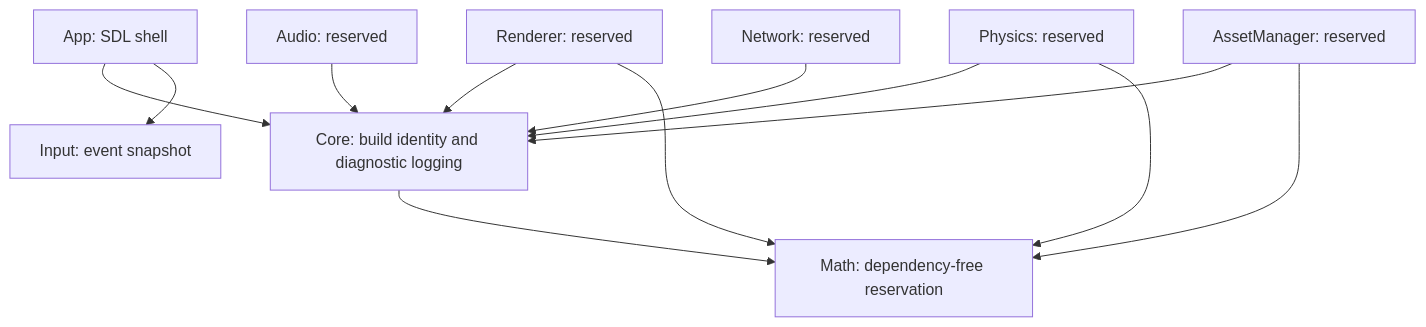
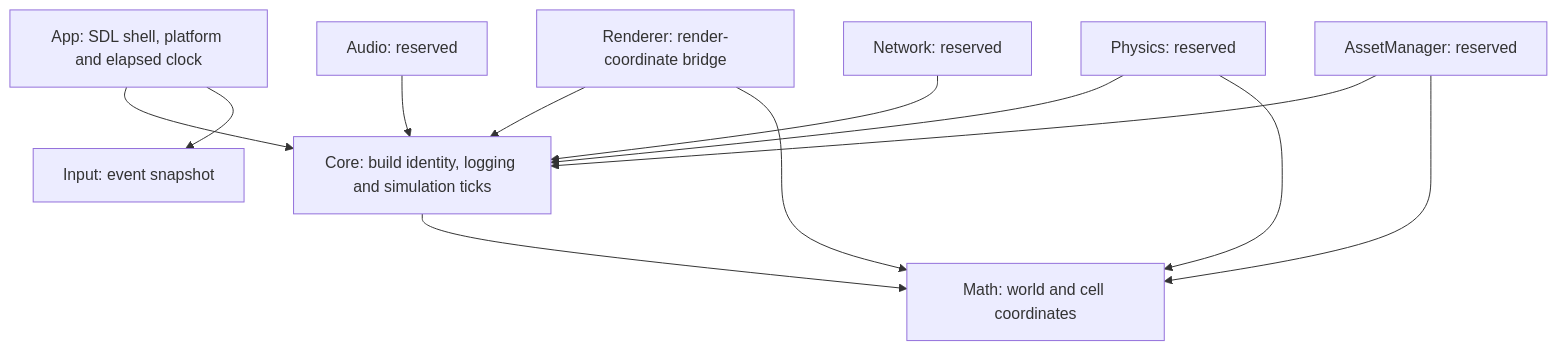
The diagram in docs/ARCHITECTURE.md (HellUponEarth/WiseEngine), drawn with Mermaid before and after one commit. The commit also changed other lines of this file and 21 other files, not shown here.

Commit message:
Add WiseEngine 0.0.3 platform, coordinates, and clocks

````diff
--- a/docs/ARCHITECTURE.md
+++ b/docs/ARCHITECTURE.md
@@ -7,14 +7,14 @@
 ```mermaid
 flowchart TD
-    App[App: SDL shell] --> Core[Core: build identity and diagnostic logging]
-    Core --> Math[Math: dependency-free reservation]
-    Renderer[Renderer: reserved] --> Core
+    App[App: SDL shell, platform and elapsed clock] --> Core[Core: build identity, logging and simulation ticks]
+    Core --> Math[Math: world and cell coordinates]
+    Renderer[Renderer: render-coordinate bridge] --> Core
     Renderer --> Math
     Physics[Physics: reserved] --> Core
     Physics --> Math
     Audio[Audio: reserved] --> Core
     App --> Input[Input: event snapshot]
     Network[Network: reserved] --> Core
     AssetManager[AssetManager: reserved] --> Core
     AssetManager --> Math
 ```
````
